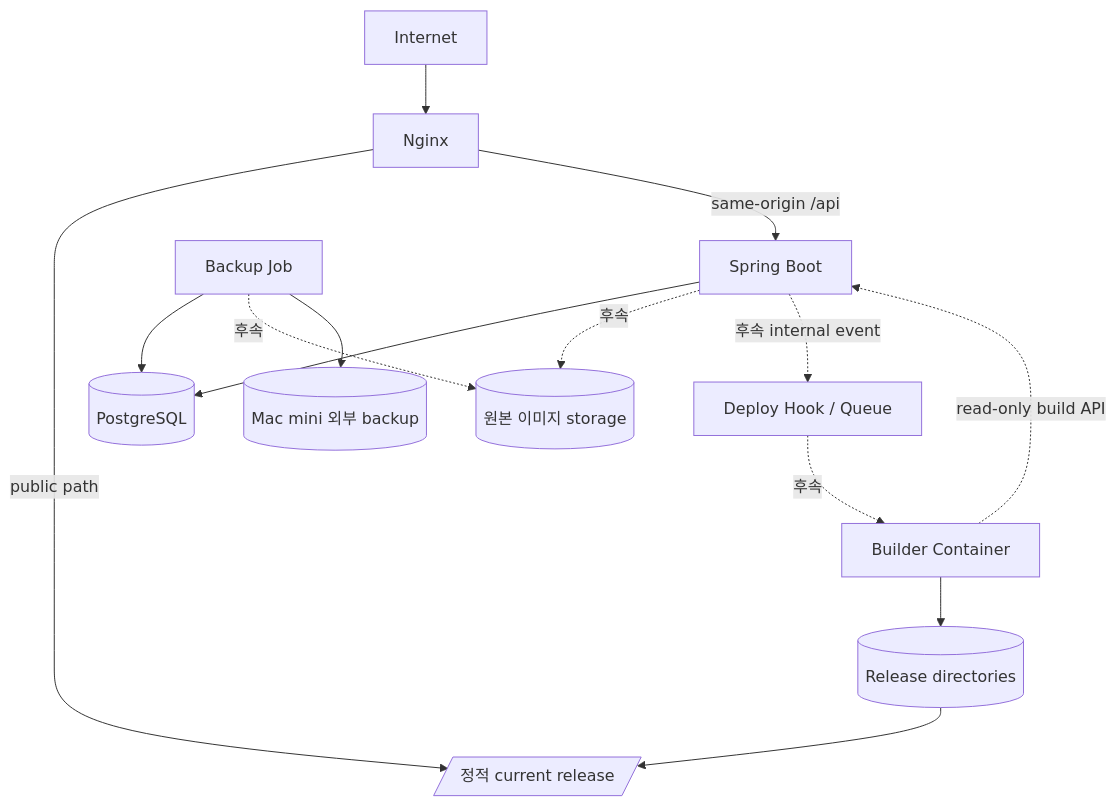
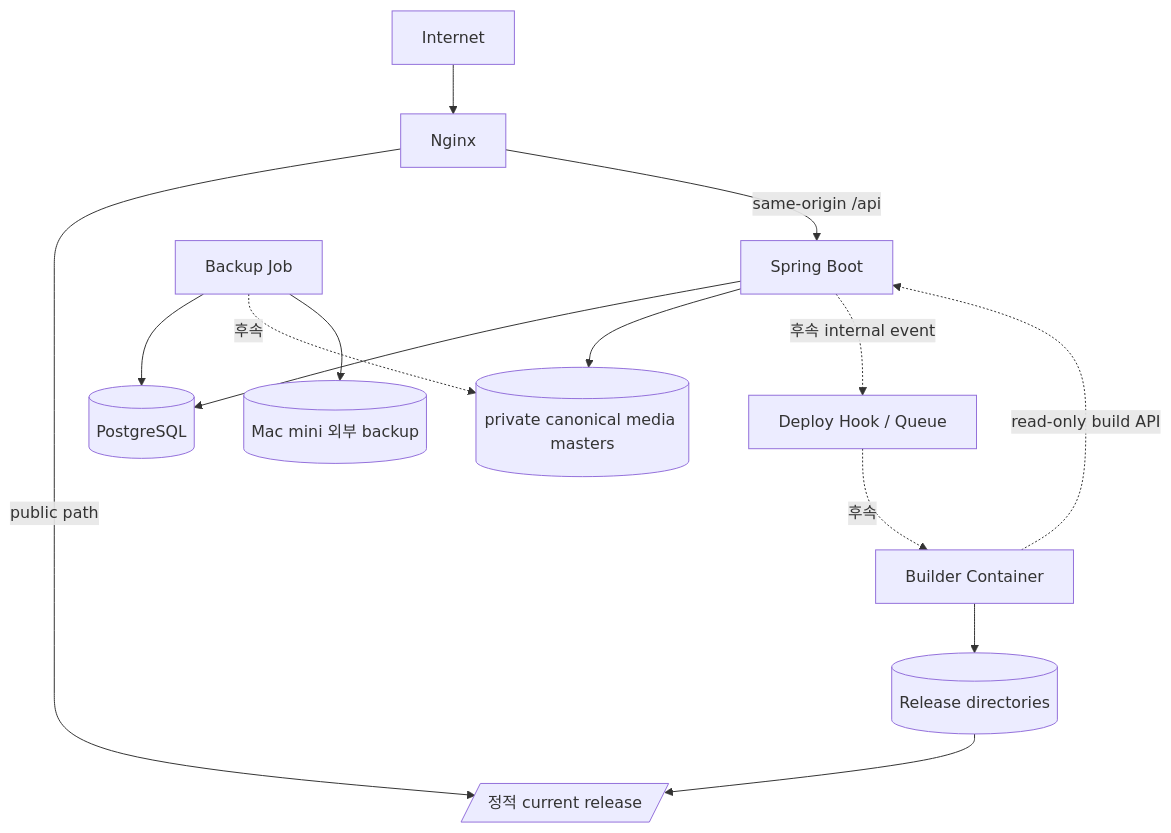
The diagram in docs/04-architecture/container-architecture.md (xxh3898/Rhaomi), drawn with Mermaid before and after one commit. The commit also changed other lines of this file and 69 other files, not shown here.

````diff
--- a/docs/04-architecture/container-architecture.md
+++ b/docs/04-architecture/container-architecture.md
@@ -45,20 +47,20 @@
 ```mermaid
 flowchart TB
     Internet[Internet] --> Nginx[Nginx]
 
     Nginx -->|public path| Static[/정적 current release/]
     Nginx -->|same-origin /api| Backend[Spring Boot]
 
     Backend --> Postgres[(PostgreSQL)]
-    Backend -. 후속 .-> Uploads[(원본 이미지 storage)]
+    Backend --> Uploads[(private canonical media masters)]
     Backend -. 후속 internal event .-> Deployer[Deploy Hook / Queue]
 
     Deployer -. 후속 .-> Builder[Builder Container]
     Builder -. read-only build API .-> Backend
     Builder --> Releases[(Release directories)]
     Releases --> Static
 
     Backup[Backup Job] --> Postgres
     Backup -. 후속 .-> Uploads
     Backup --> Offsite[(Mac mini 외부 backup)]
 ```
````
